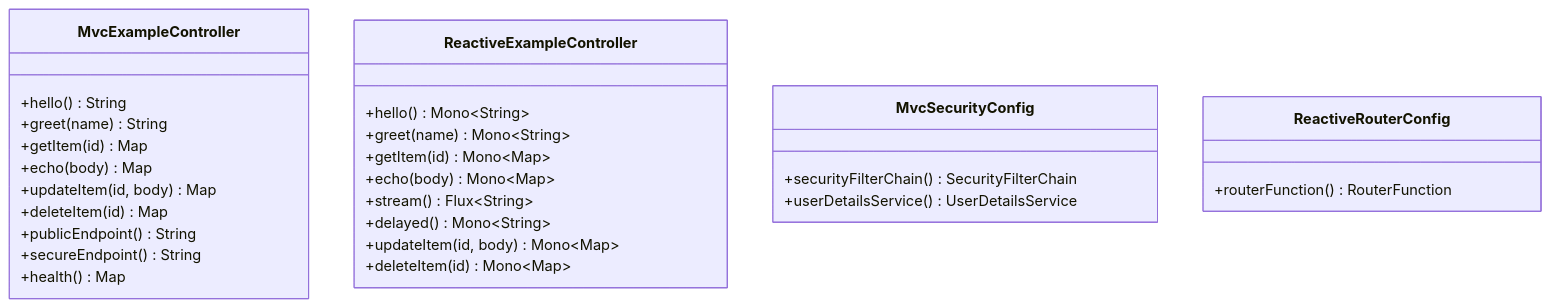
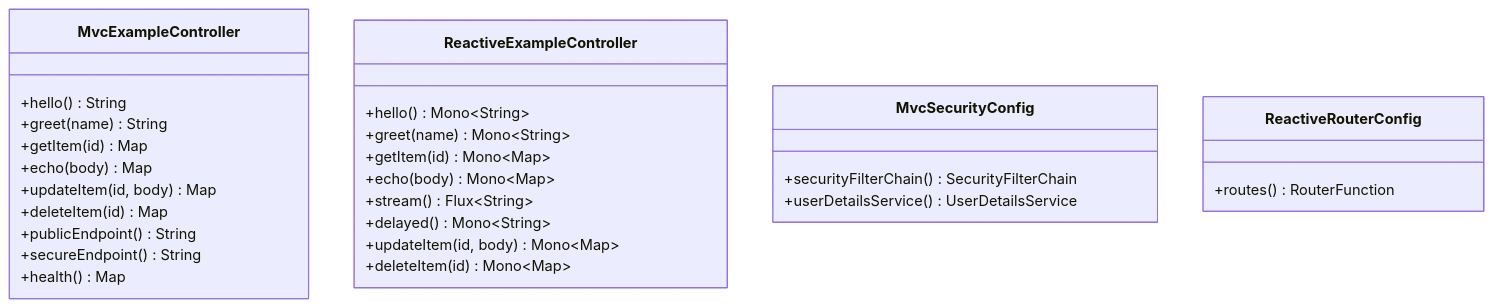
The second of 4 diagrams in examples/README.md (seijikohara/logback-access-spring-boot-starter), drawn with Mermaid before and after one commit. The commit also changed other lines of this file and 45 other files, not shown here.

````diff
--- a/examples/README.md
+++ b/examples/README.md
@@ -40,34 +40,34 @@
 ```mermaid
 classDiagram
     class MvcExampleController {
         +hello() String
         +greet(name) String
         +getItem(id) Map
         +echo(body) Map
         +updateItem(id, body) Map
         +deleteItem(id) Map
         +publicEndpoint() String
         +secureEndpoint() String
         +health() Map
     }
 
     class ReactiveExampleController {
         +hello() Mono~String~
         +greet(name) Mono~String~
         +getItem(id) Mono~Map~
         +echo(body) Mono~Map~
         +stream() Flux~String~
         +delayed() Mono~String~
         +updateItem(id, body) Mono~Map~
         +deleteItem(id) Mono~Map~
     }
 
     class MvcSecurityConfig {
         +securityFilterChain() SecurityFilterChain
         +userDetailsService() UserDetailsService
     }
 
     class ReactiveRouterConfig {
-        +routerFunction() RouterFunction
+        +routes() RouterFunction
     }
 ```
````
